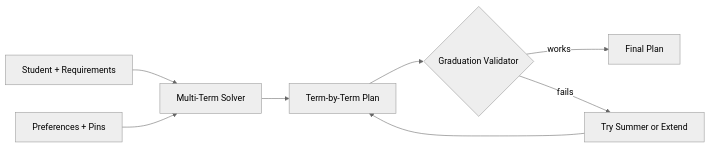
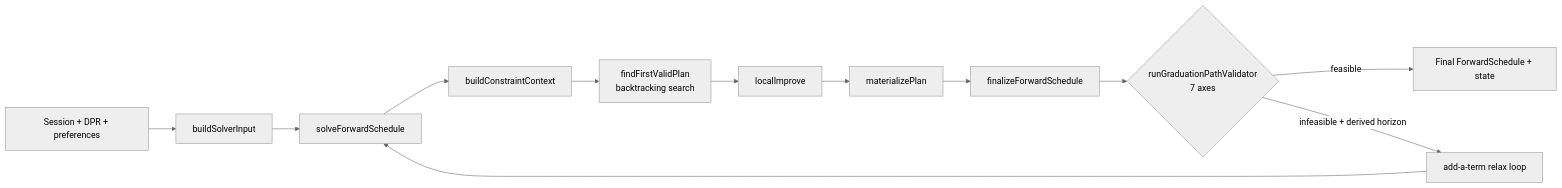
The first of 3 diagrams in Docs/current-system/engine/forward-schedule.md (EdoardoMongardi/NYU_Path), drawn with Mermaid (neutral theme) before and after one commit. The commit also changed other lines of this file and 73 other files, not shown here.

````diff
--- a/Docs/current-system/engine/forward-schedule.md
+++ b/Docs/current-system/engine/forward-schedule.md
@@ -7,10 +9,14 @@
 ```mermaid
 flowchart LR
-    Student[Student + Requirements] --> Solver[Multi-Term Solver]
-    Prefs[Preferences + Pins] --> Solver
-    Solver --> Plan[Term-by-Term Plan]
-    Plan --> Validator{Graduation Validator}
-    Validator -->|works| Done[Final Plan]
-    Validator -->|fails| Alts[Try Summer or Extend]
-    Alts --> Plan
+    Input[Session + DPR + preferences] --> SI[buildSolverInput]
+    SI --> Solver[solveForwardSchedule]
+    Solver --> Ctx[buildConstraintContext]
+    Ctx --> Search[findFirstValidPlan<br/>backtracking search]
+    Search --> Improve[localImprove]
+    Improve --> Mat[materializePlan]
+    Mat --> Final[finalizeForwardSchedule]
+    Final --> Validator{runGraduationPathValidator<br/>7 axes}
+    Validator -->|feasible| Done[Final ForwardSchedule + state]
+    Validator -->|infeasible + derived horizon| Relax[add-a-term relax loop]
+    Relax --> Solver
 ```
````
